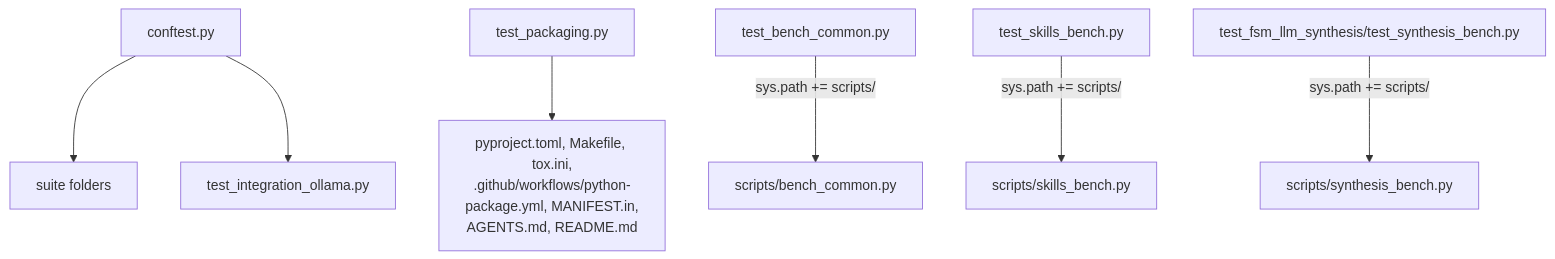
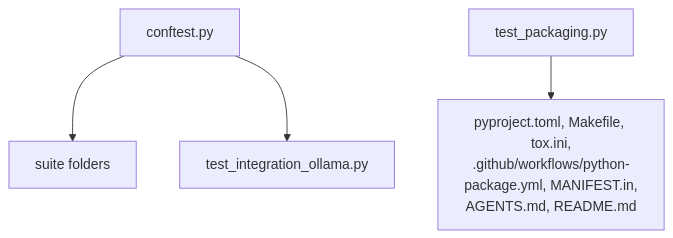
One commit to NikolasMarkou/fsm_llm changed the diagram in tests/AGENTS.md. Above: the diagram before and after it, drawn with Mermaid. The commit also changed other lines of this file and 14 other files, not shown here.

````diff
--- a/tests/AGENTS.md
+++ b/tests/AGENTS.md
@@ -14,9 +14,6 @@
 ```mermaid
 flowchart TD
     conf[conftest.py] --> S[suite folders]
     conf --> io[test_integration_ollama.py]
     pkg[test_packaging.py] --> files[pyproject.toml, Makefile, tox.ini,<br/>.github/workflows/python-package.yml, MANIFEST.in,<br/>AGENTS.md, README.md]
-    tbc[test_bench_common.py] -->|sys.path += scripts/| bc[scripts/bench_common.py]
-    tsb[test_skills_bench.py] -->|sys.path += scripts/| sb[scripts/skills_bench.py]
-    tsy[test_fsm_llm_synthesis/test_synthesis_bench.py] -->|sys.path += scripts/| syb[scripts/synthesis_bench.py]
 ```
````
